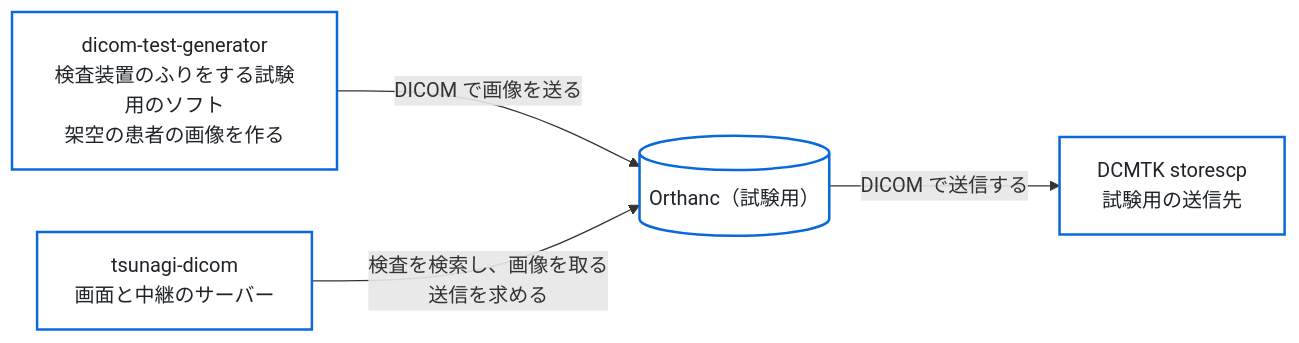
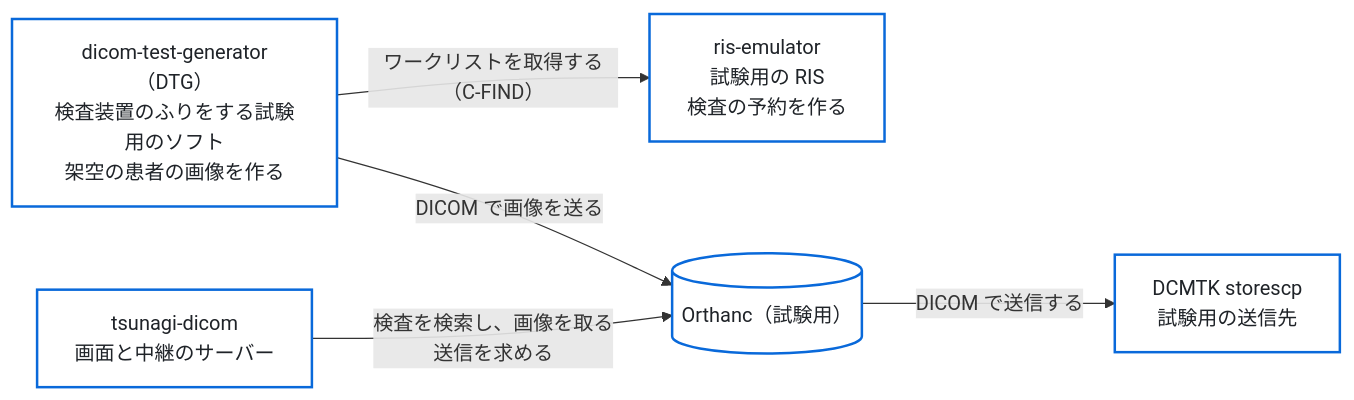
The third of 4 diagrams in README.md (jeysunit/tsunagi-dicom), drawn with Mermaid before and after one commit. The commit also changed other lines of this file and 10 other files, not shown here.

First line of the commit message:
feat(dev): 略称を DTG に直し、ris-emulator を開発用の一式に足す

````diff
--- a/README.md
+++ b/README.md
@@ -71,13 +71,15 @@
 ```mermaid
 flowchart LR
   classDef box fill:#ffffff,stroke:#0969da,stroke-width:2px,color:#1f2328
 
-  DTG["dicom-test-generator<br/>検査装置のふりをする試験用のソフト<br/>架空の患者の画像を作る"]:::box
+  RIS["ris-emulator<br/>試験用の RIS<br/>検査の予約を作る"]:::box
+  DTG["dicom-test-generator（DTG）<br/>検査装置のふりをする試験用のソフト<br/>架空の患者の画像を作る"]:::box
   PACS[("Orthanc（試験用）")]:::box
   TD["tsunagi-dicom<br/>画面と中継のサーバー"]:::box
   SCP["DCMTK storescp<br/>試験用の送信先"]:::box
 
+  DTG -->|"ワークリストを取得する（C-FIND）"| RIS
   DTG -->|"DICOM で画像を送る"| PACS
   TD -->|"検査を検索し、画像を取る<br/>送信を求める"| PACS
   PACS -->|"DICOM で送信する"| SCP
 ```
````
